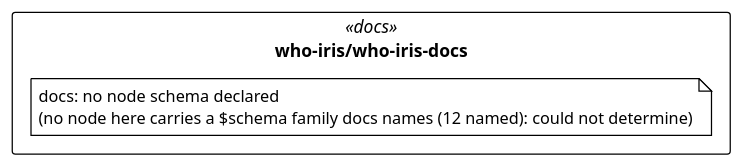
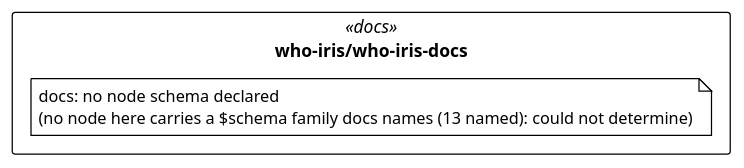
The diagram in cat-harness/uml/overview/who-iris/who-iris-docs.puml (litlfred/folio-assistant), drawn with PlantUML before and after one commit. The commit also changed 171 other files, not shown here.

First line of the commit message:
Node kinds are short names with SemVer versions (#2195)

```diff
--- a/cat-harness/uml/overview/who-iris/who-iris-docs.puml
+++ b/cat-harness/uml/overview/who-iris/who-iris-docs.puml
@@ -3,13 +3,13 @@
 @startuml who_iris_who_iris_docs
 !pragma layout elk
 !theme plain
 skinparam classAttributeIconSize 0
 skinparam shadowing false
 skinparam packageStyle rectangle
 hide empty methods
 
 package "who-iris/who-iris-docs" as pkg_who_iris_who_iris_docs <<docs>> {
-  note "docs: no node schema declared\n(no node here carries a $schema family docs names (12 named): could not determine)" as n_who_iris_who_iris_docs_docs
+  note "docs: no node schema declared\n(no node here carries a $schema family docs names (13 named): could not determine)" as n_who_iris_who_iris_docs_docs
 }
 
 @enduml
```
